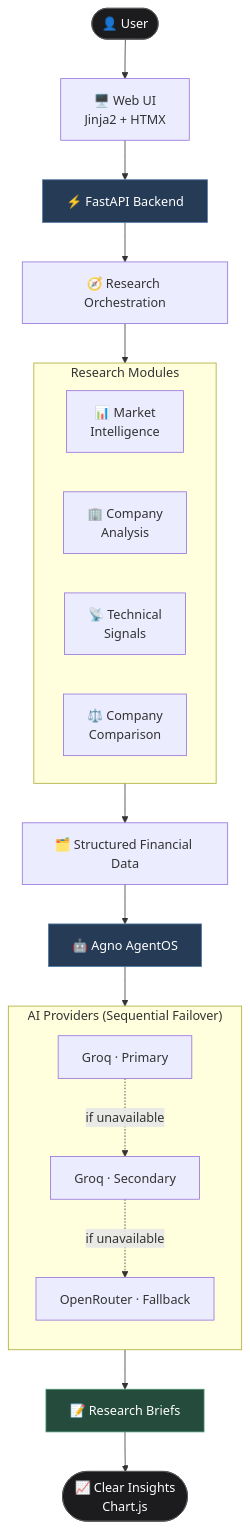
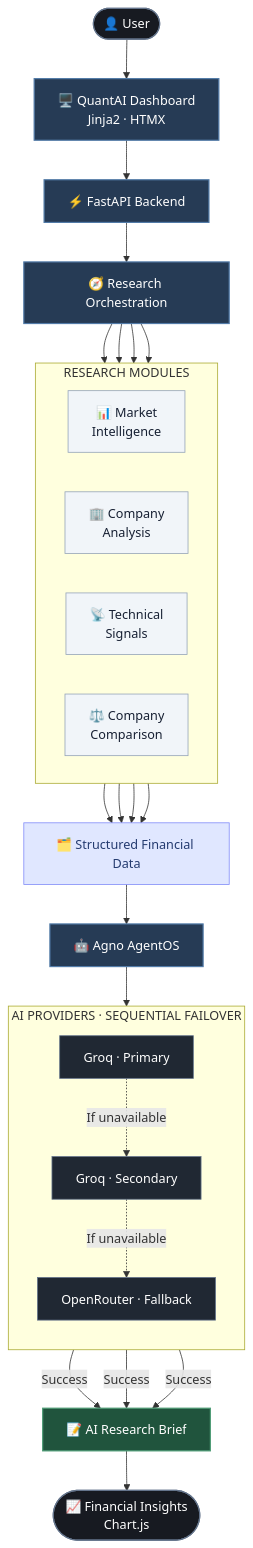
One commit to SamSurve/QuantAI changed the diagram in README.md. Above: the diagram before and after it, drawn with Mermaid. The commit also changed other lines of this file, not shown here.

Commit message:
Refactor README.md for improved clarity and formatting
Updated README.md to improve formatting and clarity, including changes to headings, descriptions, and security features.

````diff
--- a/README.md
+++ b/README.md
@@ -35,37 +30,61 @@
 ```mermaid
 flowchart TB
-    A(["👤 User"]) --> B["🖥️ Web UI<br/>Jinja2 + HTMX"]
-    B --> C["⚡ FastAPI Backend"]
-    C --> D["🧭 Research Orchestration"]
+    USER(["👤 User"])
+    UI["🖥️ QuantAI Dashboard<br/>Jinja2 · HTMX"]
+    API["⚡ FastAPI Backend"]
+    ENGINE["🧭 Research Orchestration"]
 
-    subgraph M["Research Modules"]
+    USER --> UI --> API --> ENGINE
+
+    subgraph RESEARCH["RESEARCH MODULES"]
         direction LR
-        E["📊 Market<br/>Intelligence"]
-        F["🏢 Company<br/>Analysis"]
-        G["📡 Technical<br/>Signals"]
-        H["⚖️ Company<br/>Comparison"]
+        MARKET["📊 Market<br/>Intelligence"]
+        COMPANY["🏢 Company<br/>Analysis"]
+        SIGNALS["📡 Technical<br/>Signals"]
+        COMPARE["⚖️ Company<br/>Comparison"]
     end
 
-    D --> M
-    M --> I["🗂️ Structured Financial Data"]
-    I --> J["🤖 Agno AgentOS"]
+    ENGINE --> MARKET
+    ENGINE --> COMPANY
+    ENGINE --> SIGNALS
+    ENGINE --> COMPARE
 
-    subgraph P["AI Providers (Sequential Failover)"]
+    MARKET --> DATA["🗂️ Structured Financial Data"]
+    COMPANY --> DATA
+    SIGNALS --> DATA
+    COMPARE --> DATA
+
+    DATA --> AGNO["🤖 Agno AgentOS"]
+
+    subgraph PROVIDERS["AI PROVIDERS · SEQUENTIAL FAILOVER"]
         direction TB
-        K["Groq · Primary"]
-        L["Groq · Secondary"]
-        N["OpenRouter · Fallback"]
-        K -. "if unavailable" .-> L
-        L -. "if unavailable" .-> N
+        GROQ1["Groq · Primary"]
+        GROQ2["Groq · Secondary"]
+        OPENROUTER["OpenRouter · Fallback"]
+
+        GROQ1 -.->|"If unavailable"| GROQ2
+        GROQ2 -.->|"If unavailable"| OPENROUTER
     end
 
-    J --> P
-    P --> O["📝 Research Briefs"]
-    O --> Q(["📈 Clear Insights<br/>Chart.js"])
+    AGNO --> GROQ1
 
-    style A fill:#1c1c1e,color:#fff,stroke:#555
-    style Q fill:#1c1c1e,color:#fff,stroke:#555
-    style C fill:#263b55,color:#fff,stroke:#527ba8
-    style J fill:#263b55,color:#fff,stroke:#527ba8
-    style O fill:#244b3b,color:#fff,stroke:#4c9b74
+    GROQ1 -->|"Success"| BRIEF["📝 AI Research Brief"]
+    GROQ2 -->|"Success"| BRIEF
+    OPENROUTER -->|"Success"| BRIEF
+
+    BRIEF --> OUTPUT(["📈 Financial Insights<br/>Chart.js"])
+
+    classDef endpoint fill:#171a21,color:#ffffff,stroke:#64748b,stroke-width:1.5px
+    classDef core fill:#263b55,color:#ffffff,stroke:#527ba8,stroke-width:1.5px
+    classDef module fill:#f1f5f9,color:#172033,stroke:#94a3b8,stroke-width:1px
+    classDef data fill:#e0e7ff,color:#243b70,stroke:#818cf8,stroke-width:1px
+    classDef provider fill:#202833,color:#ffffff,stroke:#64748b,stroke-width:1px
+    classDef result fill:#20543d,color:#ffffff,stroke:#4c9b74,stroke-width:1.5px
+
+    class USER,OUTPUT endpoint
+    class UI,API,ENGINE,AGNO core
+    class MARKET,COMPANY,SIGNALS,COMPARE module
+    class DATA data
+    class GROQ1,GROQ2,OPENROUTER provider
+    class BRIEF result
 ```
````
